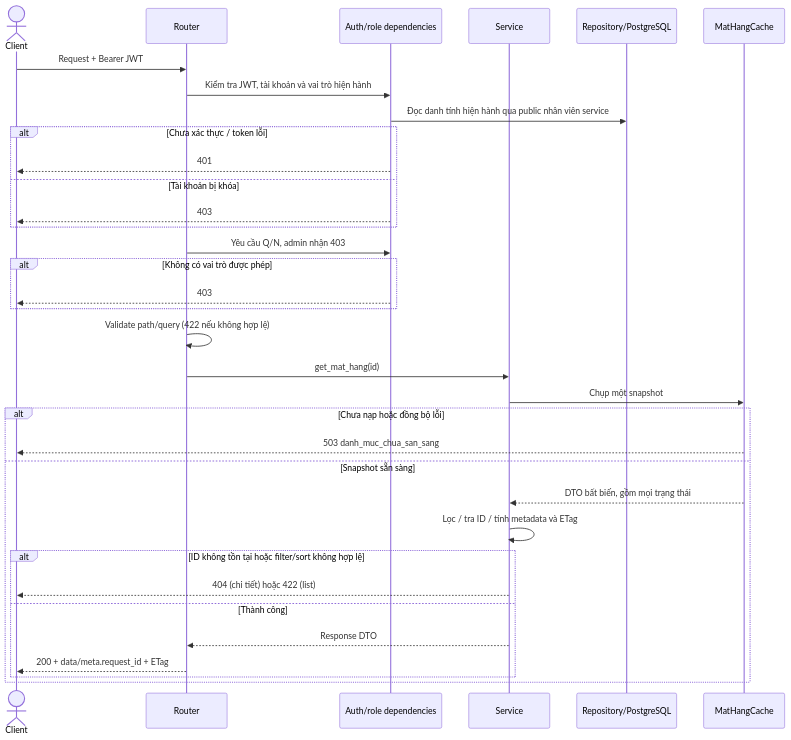
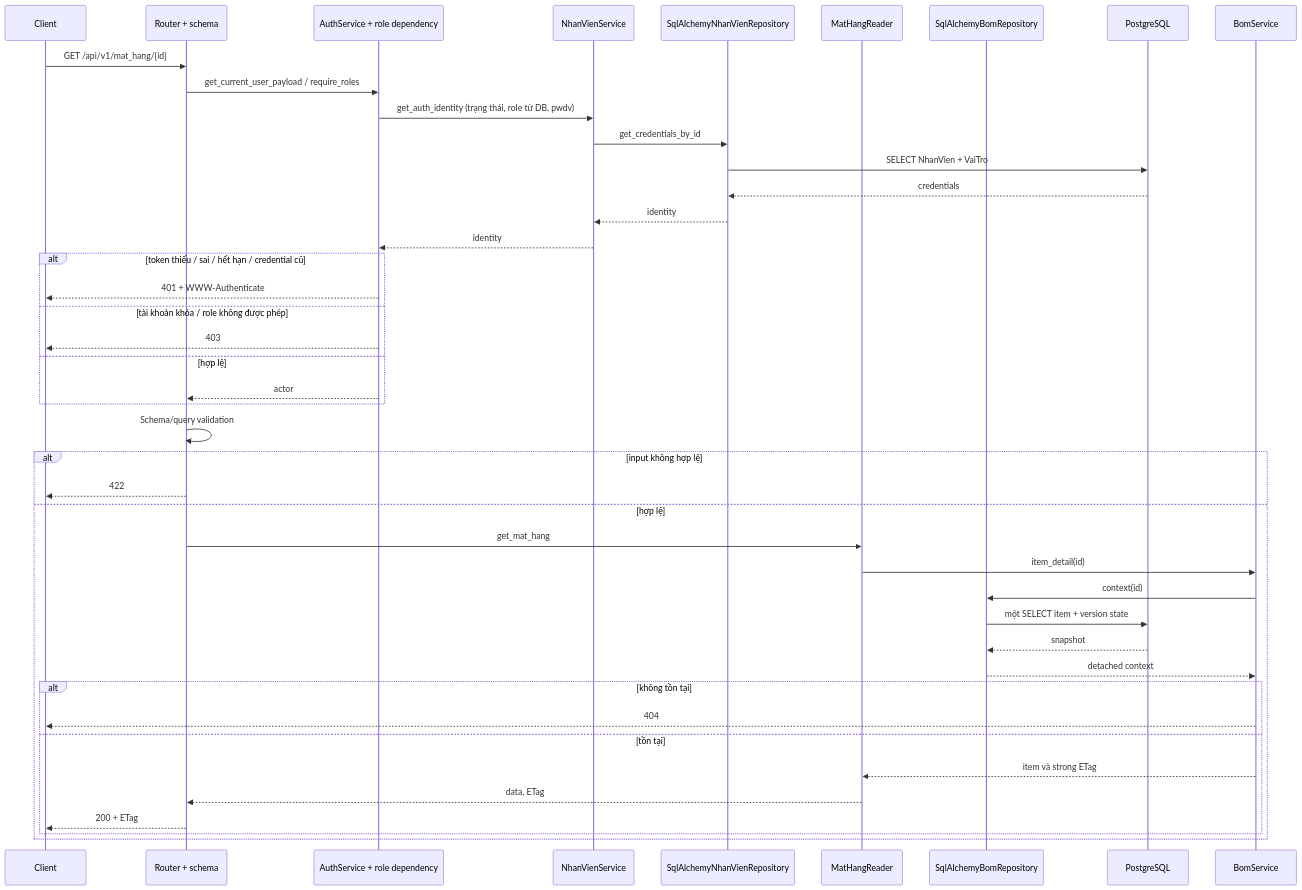
One commit to thanhklt/xbike-mrp-system changed the third of 6 diagrams in docs/sequence/mat_hang.md. Above: the diagram before and after it, drawn with Mermaid. The commit also changed other lines of this file and 41 other files, not shown here.

Commit message:
feat(bom)!: implement UC-15 to UC-19 for data model v4

````diff
--- a/docs/sequence/mat_hang.md
+++ b/docs/sequence/mat_hang.md
@@ -95,36 +103,45 @@
 ```mermaid
 sequenceDiagram
-actor C as Client
-    participant R as Router
-    participant A as Auth/role dependencies
-    participant S as Service
-    participant D as Repository/PostgreSQL
-    C->>R: Request + Bearer JWT
-    R->>A: Kiểm tra JWT, tài khoản và vai trò hiện hành
-    A->>D: Đọc danh tính hiện hành qua public nhân viên service
-    alt Chưa xác thực / token lỗi
-        A-->>C: 401
-    else Tài khoản bị khóa
+    participant C as Client
+    participant R as Router + schema
+    participant A as AuthService + role dependency
+    participant N as NhanVienService
+    participant NR as SqlAlchemyNhanVienRepository
+    participant S as MatHangReader
+    participant B as SqlAlchemyBomRepository
+    participant DB as PostgreSQL
+    participant BS as BomService
+    C->>R: GET /api/v1/mat_hang/{id}
+    R->>A: get_current_user_payload / require_roles
+    A->>N: get_auth_identity (trạng thái, role từ DB, pwdv)
+    N->>NR: get_credentials_by_id
+    NR->>DB: SELECT NhanVien + VaiTro
+    DB-->>NR: credentials
+    NR-->>N: identity
+    N-->>A: identity
+    alt token thiếu / sai / hết hạn / credential cũ
+        A-->>C: 401 + WWW-Authenticate
+    else tài khoản khóa / role không được phép
         A-->>C: 403
+    else hợp lệ
+        A-->>R: actor
     end
-    R->>A: Yêu cầu Q/N, admin nhận 403
-    alt Không có vai trò được phép
-        A-->>C: 403
-    end
-    R->>R: Validate path/query (422 nếu không hợp lệ)
-    R->>S: get_mat_hang(id)
-    participant K as MatHangCache
-    S->>K: Chụp một snapshot
-    alt Chưa nạp hoặc đồng bộ lỗi
-        K-->>C: 503 danh_muc_chua_san_sang
-    else Snapshot sẵn sàng
-        K-->>S: DTO bất biến, gồm mọi trạng thái
-        S->>S: Lọc / tra ID / tính metadata và ETag
-        alt ID không tồn tại hoặc filter/sort không hợp lệ
-            S-->>C: 404 (chi tiết) hoặc 422 (list)
-        else Thành công
-            S-->>R: Response DTO
-            R-->>C: 200 + data/meta.request_id + ETag
+    R->>R: Schema/query validation
+    alt input không hợp lệ
+        R-->>C: 422
+    else hợp lệ
+        R->>S: get_mat_hang
+        S->>BS: item_detail(id)
+        BS->>B: context(id)
+        B->>DB: một SELECT item + version state
+        DB-->>B: snapshot
+        B-->>BS: detached context
+        alt không tồn tại
+            BS-->>C: 404
+        else tồn tại
+            BS-->>S: item và strong ETag
+            S-->>R: data, ETag
+            R-->>C: 200 + ETag
         end
     end
 ```
````
